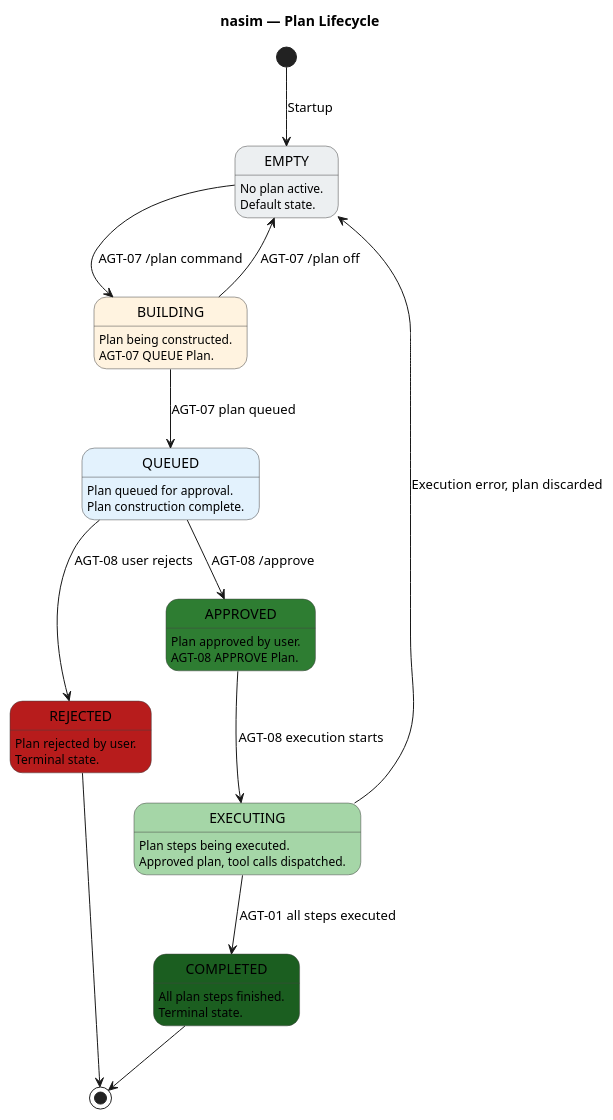
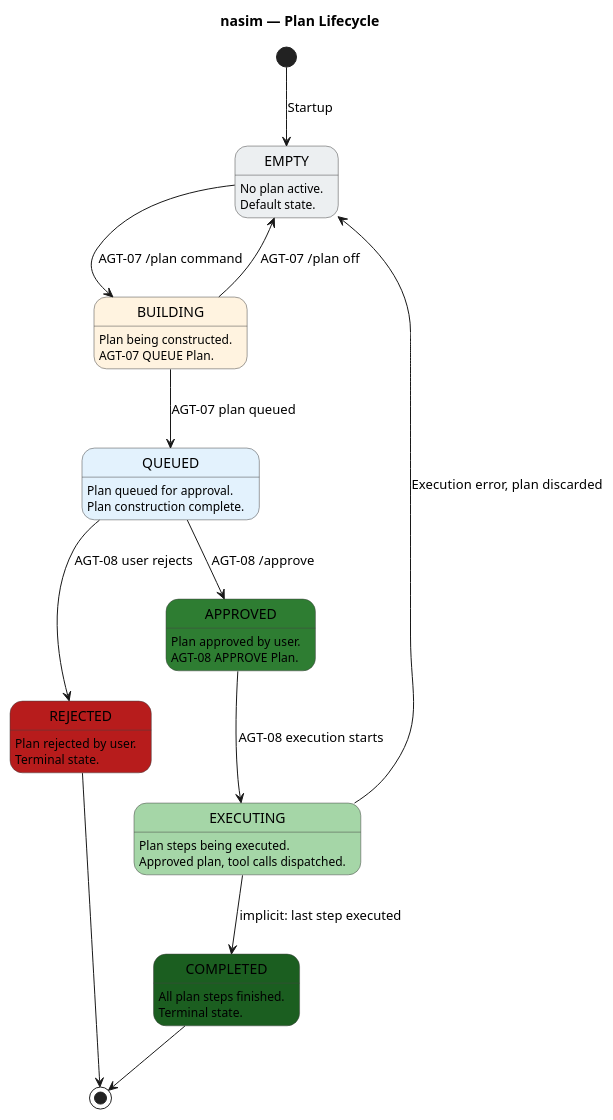
Before and after one commit to salimnamvar/nasim: the fourth of 4 diagrams in SM.md, drawn with PlantUML. The commit also changed other lines of this file and 18 other files, not shown here.

```diff
--- a/SM.md
+++ b/SM.md
@@ -405,61 +405,61 @@
 @startuml sm_plan_lifecycle
 ' ============================================================
 ' Title:     nasim — Plan Lifecycle State Machine
 ' Boundary:  nasim code agent
 ' Purpose:   Entity lifecycle for Plan (persisted in PlanSession)
 ' Milestone: v1.0
-' Version:   1.0.0
+' Version:   6.0.0
 ' Source:    docs/UC/README.md
 ' Review:    docs/audit/audit.2026.06.20.sq-sm-chain.car.md
 ' ============================================================
 
 title nasim — Plan Lifecycle
 
 skinparam state {
   BackgroundColor #FFFFFF
   BorderColor #424242
   FontColor #000000
 }
 
 [*] --> EMPTY : Startup
 
 state "EMPTY" as EMPTY #ECEFF1
 EMPTY : No plan active.
 EMPTY : Default state.
 
 state "BUILDING" as BUILDING #FFF3E0
 BUILDING : Plan being constructed.
 BUILDING : AGT-07 QUEUE Plan.
 
 state "QUEUED" as QUEUED #E3F2FD
 QUEUED : Plan queued for approval.
 QUEUED : Plan construction complete.
 
 state "APPROVED" as APPROVED #2E7D32
 APPROVED : Plan approved by user.
 APPROVED : AGT-08 APPROVE Plan.
 
 state "EXECUTING" as EXECUTING #A5D6A7
 EXECUTING : Plan steps being executed.
 EXECUTING : Approved plan, tool calls dispatched.
 
 state "COMPLETED" as COMPLETED #1B5E20
 COMPLETED : All plan steps finished.
 COMPLETED : Terminal state.
 
 state "REJECTED" as REJECTED #B71C1C
 REJECTED : Plan rejected by user.
 REJECTED : Terminal state.
 
 EMPTY --> BUILDING : AGT-07 /plan command
 BUILDING --> QUEUED : AGT-07 plan queued
 BUILDING --> EMPTY : AGT-07 /plan off
 QUEUED --> APPROVED : AGT-08 /approve
 QUEUED --> REJECTED : AGT-08 user rejects
 APPROVED --> EXECUTING : AGT-08 execution starts
-EXECUTING --> COMPLETED : AGT-01 all steps executed
+EXECUTING --> COMPLETED : implicit: last step executed
 EXECUTING --> EMPTY : Execution error, plan discarded
 COMPLETED --> [*]
 REJECTED --> [*]
 
 @enduml
```
